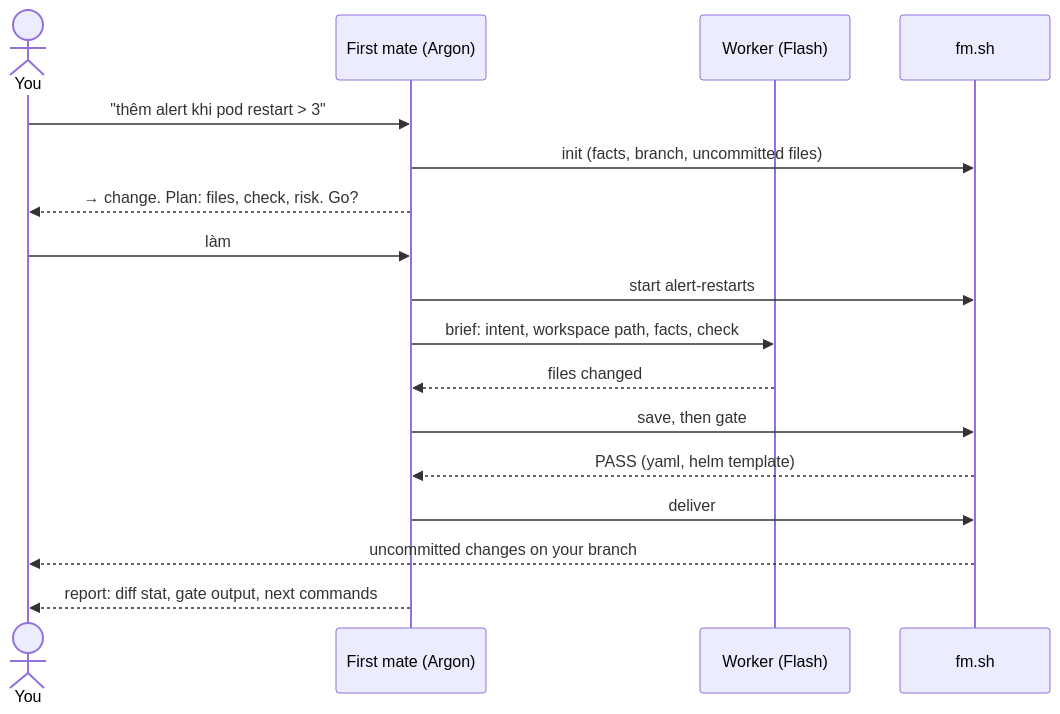
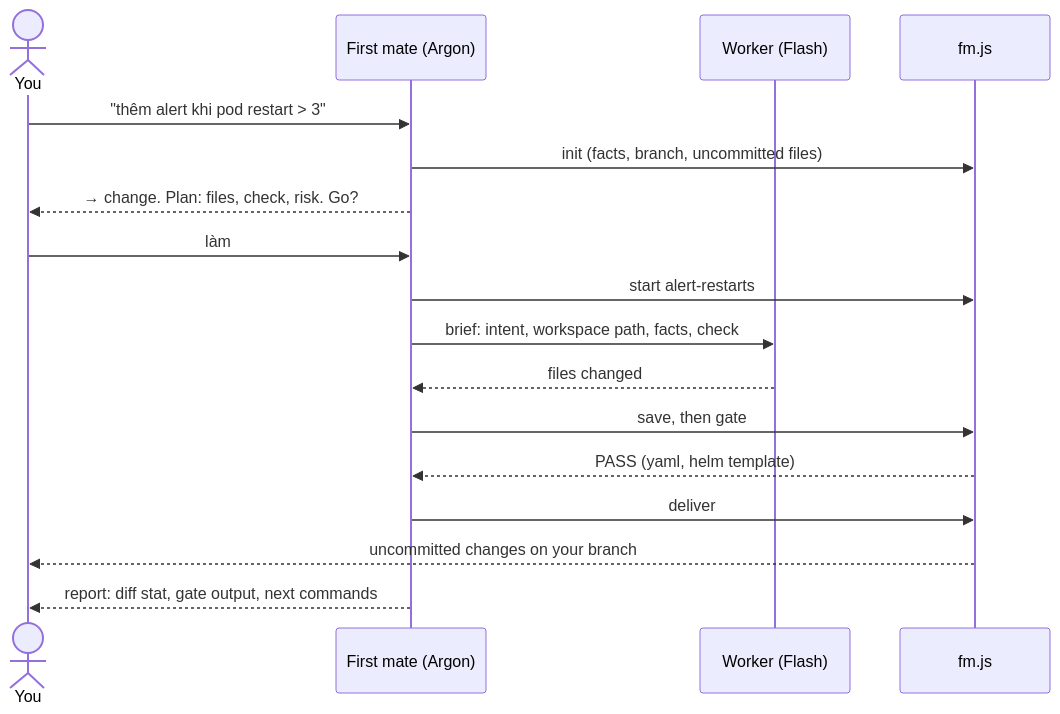
The second of 4 diagrams in docs/architecture.md (cuongtt0201/antigravity-firstmate), drawn with Mermaid before and after one commit. The commit also changed other lines of this file and 23 other files, not shown here.

````diff
--- a/docs/architecture.md
+++ b/docs/architecture.md
@@ -70,19 +70,19 @@
 ```mermaid
 sequenceDiagram
   actor C as You
   participant F as First mate (Argon)
   participant W as Worker (Flash)
-  participant S as fm.sh
+  participant S as fm.js
   C->>F: "thêm alert khi pod restart > 3"
   F->>S: init (facts, branch, uncommitted files)
   F-->>C: → change. Plan: files, check, risk. Go?
   C->>F: làm
   F->>S: start alert-restarts
   F->>W: brief: intent, workspace path, facts, check
   W-->>F: files changed
   F->>S: save, then gate
   S-->>F: PASS (yaml, helm template)
   F->>S: deliver
   S-->>C: uncommitted changes on your branch
   F-->>C: report: diff stat, gate output, next commands
 ```
````
